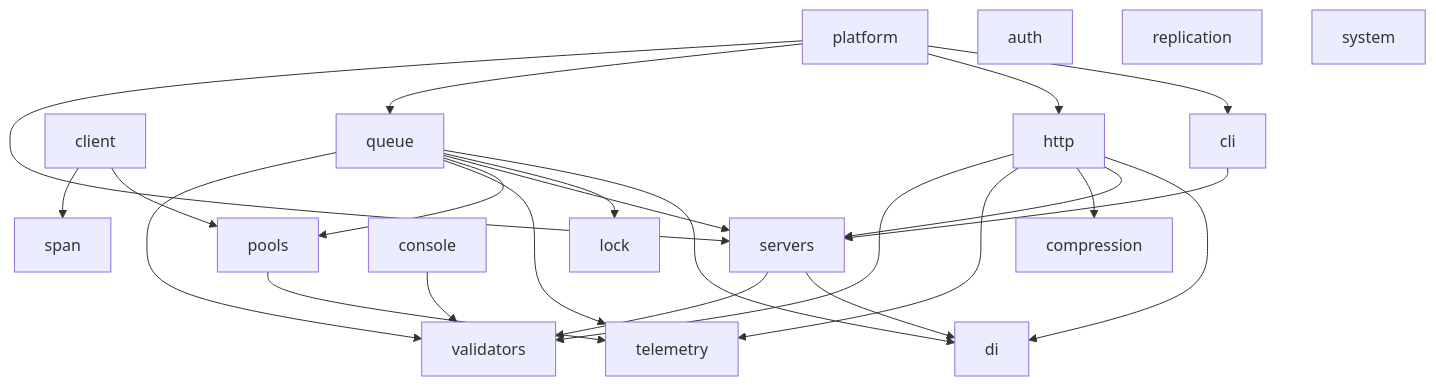
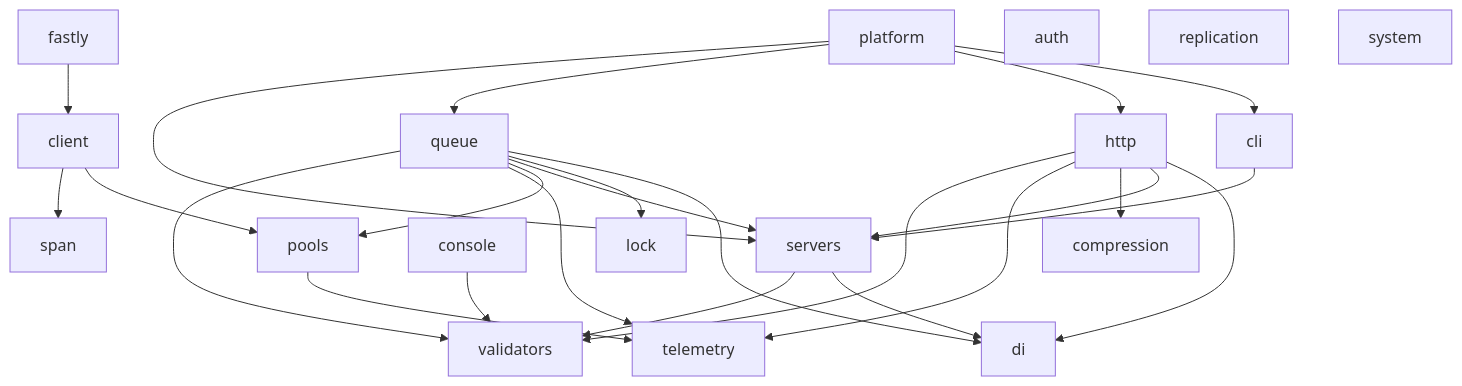
The diagram in README.md (utopia-php/monorepo), drawn with Mermaid before and after one commit. The commit also changed 11 other files, not shown here.

First line of the commit message:
feat(fastly): Fastly purge client built on utopia-php/client

````diff
--- a/README.md
+++ b/README.md
@@ -46,28 +46,29 @@
 ```mermaid
 graph TD
     cli --> servers
     client --> pools
     client --> span
     console --> validators
+    fastly --> client
     http --> di
     http --> servers
     http --> compression
     http --> telemetry
     http --> validators
     platform --> cli
     platform --> http
     platform --> queue
     platform --> servers
     pools --> telemetry
     queue --> di
     queue --> lock
     queue --> servers
     queue --> pools
     queue --> telemetry
     queue --> validators
     servers --> di
     servers --> validators
     auth
     replication
     system
 ```
````
